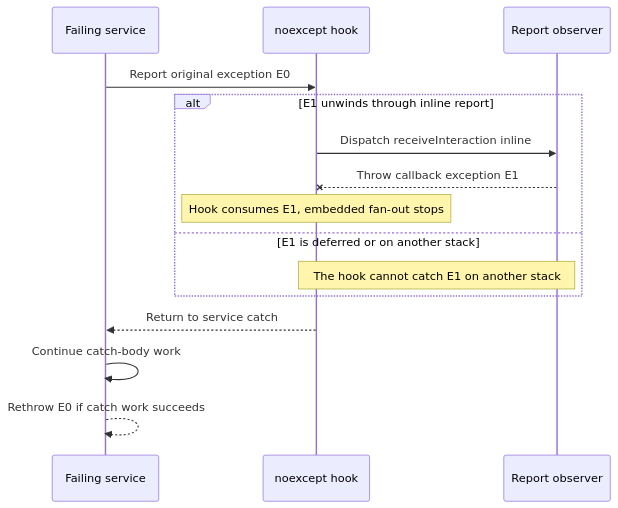
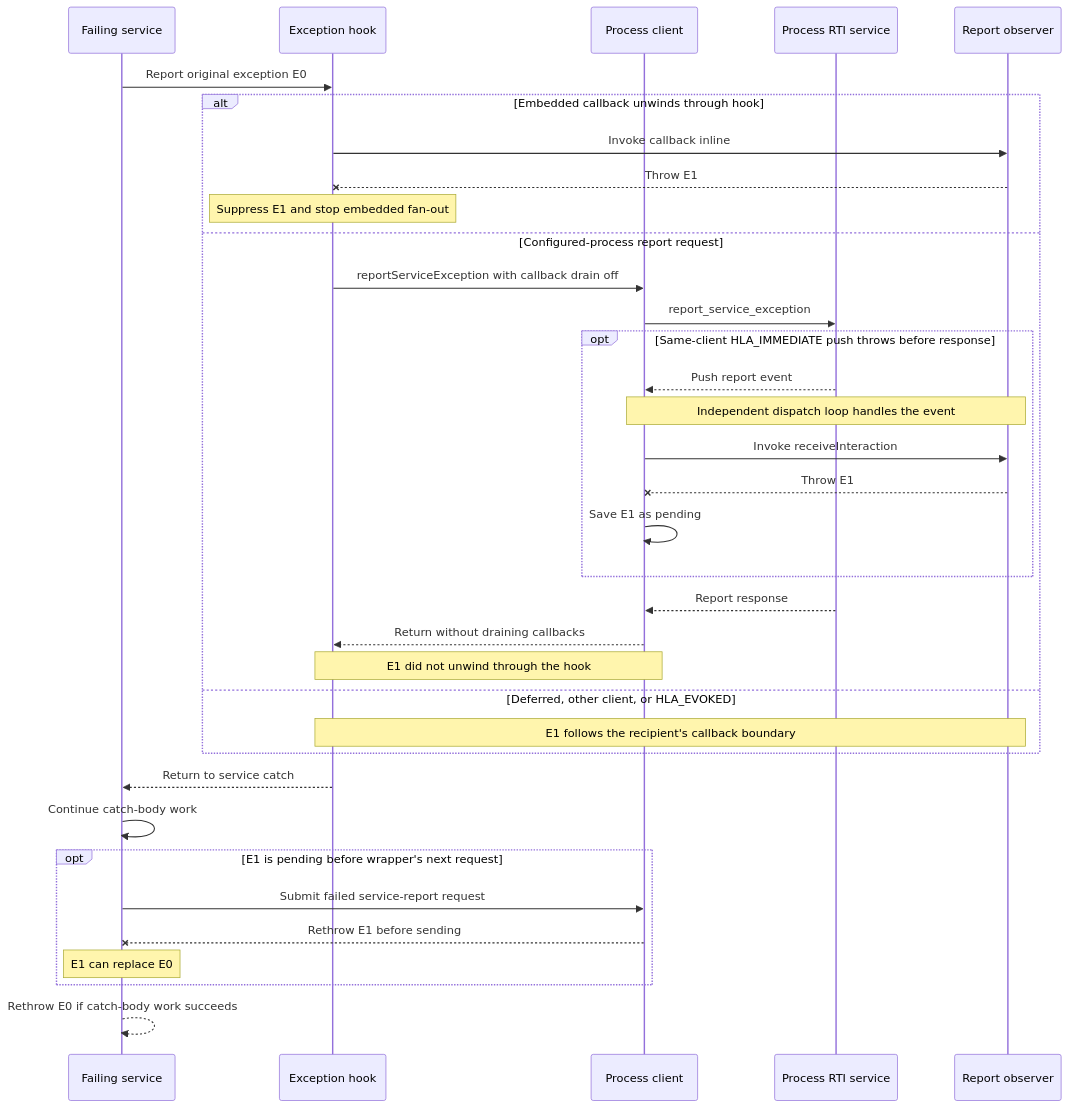
One commit to sheepfling/umbra changed the fourth of 7 diagrams in docs/design/HLA-2025-EXCEPTION-REPORTING-FLOW-GUIDE.md. Above: the diagram before and after it, drawn with Mermaid. The commit also changed other lines of this file and 39 other files, not shown here.

Commit message:
Document IEEE 1516.1-2025 behavior flows

````diff
--- a/docs/design/HLA-2025-EXCEPTION-REPORTING-FLOW-GUIDE.md
+++ b/docs/design/HLA-2025-EXCEPTION-REPORTING-FLOW-GUIDE.md
@@ -261,18 +303,38 @@
 ```mermaid
 sequenceDiagram
-    participant Service as Failing service
-    participant Hook as noexcept hook
-    participant Recipient as Report observer
+    participant App as Failing service
+    participant Hook as Exception hook
+    participant Client as Process client
+    participant RTI as Process RTI service
+    participant Observer as Report observer
 
-    Service->>Hook: Report original exception E0
-    alt E1 unwinds through inline report
-        Hook->>Recipient: Dispatch receiveInteraction inline
-        Recipient--xHook: Throw callback exception E1
-        Note over Hook: Hook consumes E1, embedded fan-out stops
-    else E1 is deferred or on another stack
-        Note over Hook,Recipient: The hook cannot catch E1 on another stack
+    App->>Hook: Report original exception E0
+    alt Embedded callback unwinds through hook
+        Hook->>Observer: Invoke callback inline
+        Observer--xHook: Throw E1
+        Note over Hook: Suppress E1 and stop embedded fan-out
+    else Configured-process report request
+        Hook->>Client: reportServiceException with callback drain off
+        Client->>RTI: report_service_exception
+        opt Same-client HLA_IMMEDIATE push throws before response
+            RTI-->>Client: Push report event
+            Note over Client,Observer: Independent dispatch loop handles the event
+            Client->>Observer: Invoke receiveInteraction
+            Observer--xClient: Throw E1
+            Client->>Client: Save E1 as pending
+        end
+        RTI-->>Client: Report response
+        Client-->>Hook: Return without draining callbacks
+        Note over Hook,Client: E1 did not unwind through the hook
+    else Deferred, other client, or HLA_EVOKED
+        Note over Hook,Observer: E1 follows the recipient's callback boundary
     end
-    Hook-->>Service: Return to service catch
-    Service->>Service: Continue catch-body work
-    Service-->>Service: Rethrow E0 if catch work succeeds
+    Hook-->>App: Return to service catch
+    App->>App: Continue catch-body work
+    opt E1 is pending before wrapper's next request
+        App->>Client: Submit failed service-report request
+        Client--xApp: Rethrow E1 before sending
+        Note over App: E1 can replace E0
+    end
+    App-->>App: Rethrow E0 if catch-body work succeeds
 ```
````
